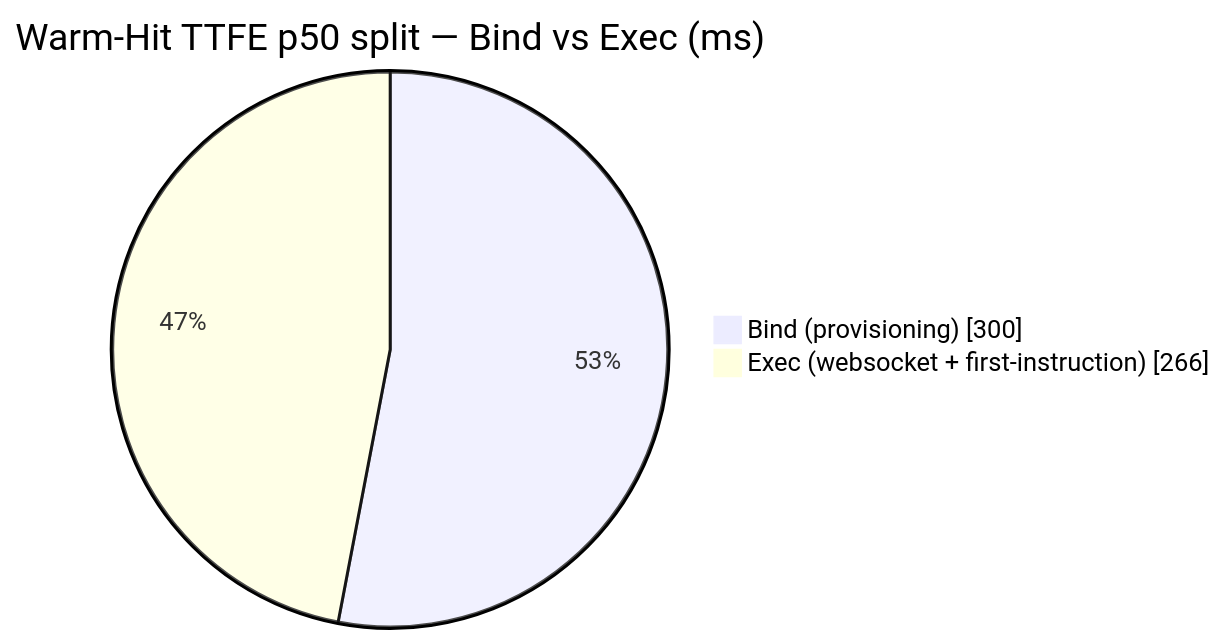
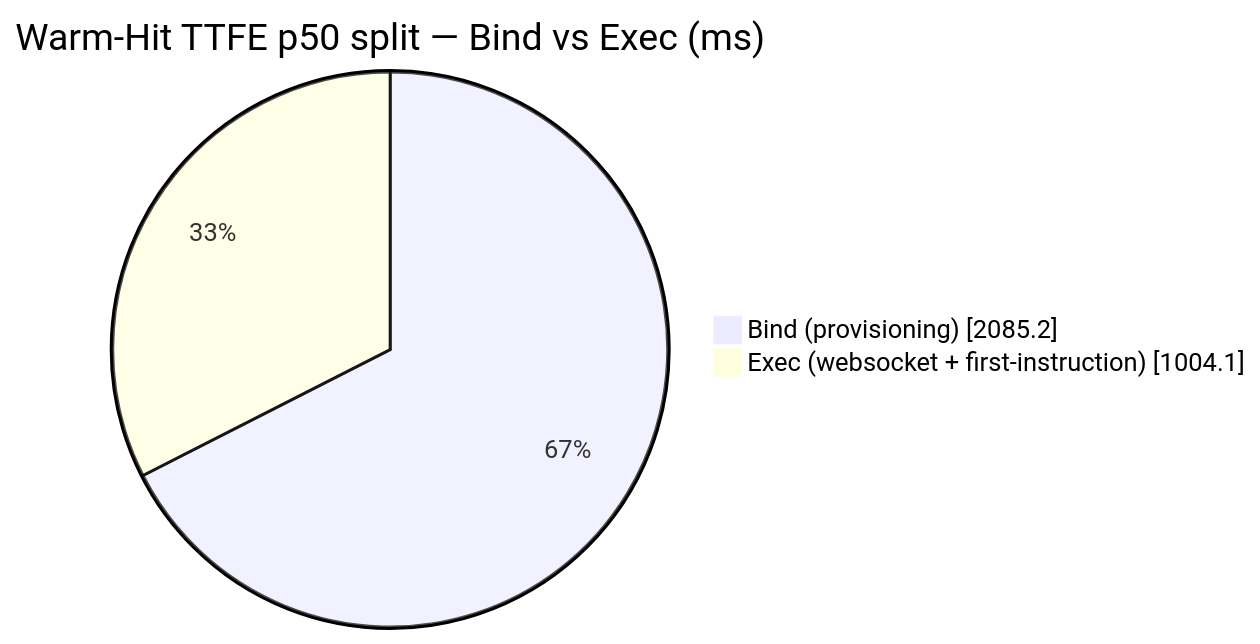
One commit to AlexBulankou/honest-bench changed the diagram in DETAILS.md. Above: the diagram before and after it, drawn with Mermaid. The commit also changed other lines of this file and 5 other files, not shown here.

````diff
--- a/DETAILS.md
+++ b/DETAILS.md
@@ -117,6 +118,6 @@
 ```mermaid
 pie showData
     title Warm-Hit TTFE p50 split — Bind vs Exec (ms)
-    "Bind (provisioning)" : 300.0
-    "Exec (websocket + first-instruction)" : 266.0
+    "Bind (provisioning)" : 2085.2
+    "Exec (websocket + first-instruction)" : 1004.1
 ```
````
